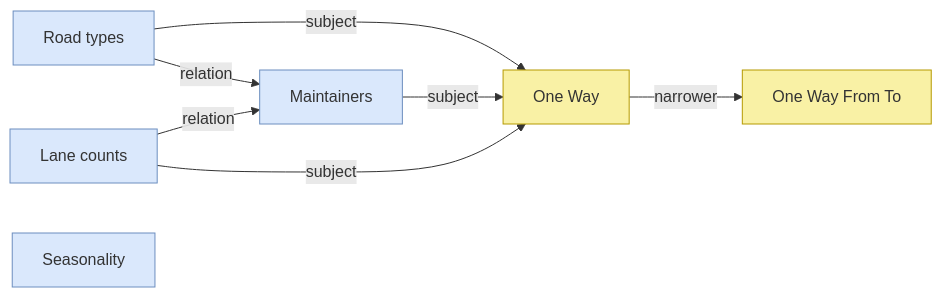
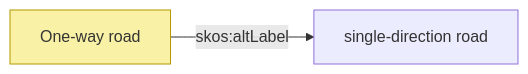
The seventh of 7 diagrams in docs/concepts/vocabs/introduction.md (Kurrawong/docs), drawn with Mermaid before and after one commit. The commit also changed other lines of this file, not shown here.

````diff
--- a/docs/concepts/vocabs/introduction.md
+++ b/docs/concepts/vocabs/introduction.md
@@ -223,19 +224,9 @@
 ```mermaid
 graph LR;
     classDef concept fill:#f9f1a5,stroke:#b59a00;
-    classDef default fill:#dae8fc,stroke:#6c8ebf;
-    
-    4["Road types"];
-    7["One Way"]:::concept;
-    8["Maintainers"];
-    9["Lane counts"];
-    10["Seasonality"];
-    11["One Way From To"]:::concept;
 
-    4 -- "subject" --> 7;
-    4 -- "relation" --> 8;
-    8 -- "subject" --> 7;
-    9 -- "subject" --> 7;
-    9 -- "relation" --> 8;
-    7 -- "narrower" --> 11;
+    A["One-way road"]:::concept
+    B["single-direction road"]
+
+    A -- "skos:altLabel" --> B
 ```
````
